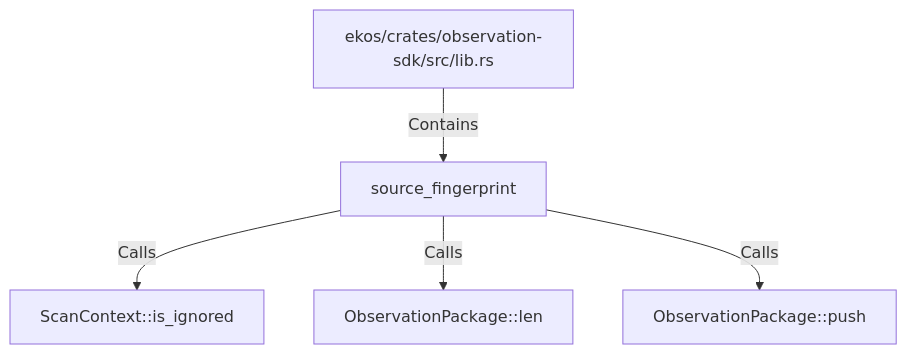
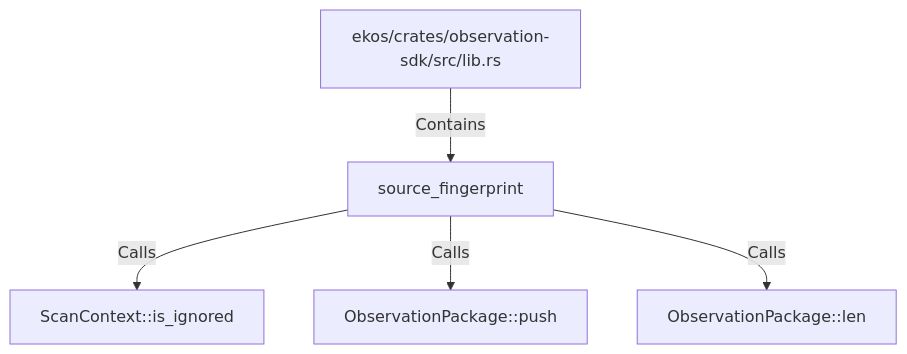
The diagram in doc/entities/rustsymbol/so/source-fingerprint.md (alexeyban/EKOS), drawn with Mermaid before and after one commit. The commit also changed other lines of this file and 552 other files, not shown here.

````diff
--- a/doc/entities/rustsymbol/so/source-fingerprint.md
+++ b/doc/entities/rustsymbol/so/source-fingerprint.md
@@ -23,12 +23,12 @@
 ```mermaid
 graph TD
     nec52b091354f563d907203c8ef3092bf["source_fingerprint"]
     n66ce958b72505ec2954eeacf8f64aae0["ekos/crates/observation-sdk/src/lib.rs"]
     n66ce958b72505ec2954eeacf8f64aae0 -->|Contains| nec52b091354f563d907203c8ef3092bf
     n8b666d113ab852b18b717cb270682a0b["ScanContext::is_ignored"]
     nec52b091354f563d907203c8ef3092bf -->|Calls| n8b666d113ab852b18b717cb270682a0b
+    ndd106f4a4759564d835a4d25afcf840e["ObservationPackage::push"]
+    nec52b091354f563d907203c8ef3092bf -->|Calls| ndd106f4a4759564d835a4d25afcf840e
     nb4e4cbd9d9f35d02a4dc0c11bdbedc05["ObservationPackage::len"]
     nec52b091354f563d907203c8ef3092bf -->|Calls| nb4e4cbd9d9f35d02a4dc0c11bdbedc05
-    ndd106f4a4759564d835a4d25afcf840e["ObservationPackage::push"]
-    nec52b091354f563d907203c8ef3092bf -->|Calls| ndd106f4a4759564d835a4d25afcf840e
 ```
````
